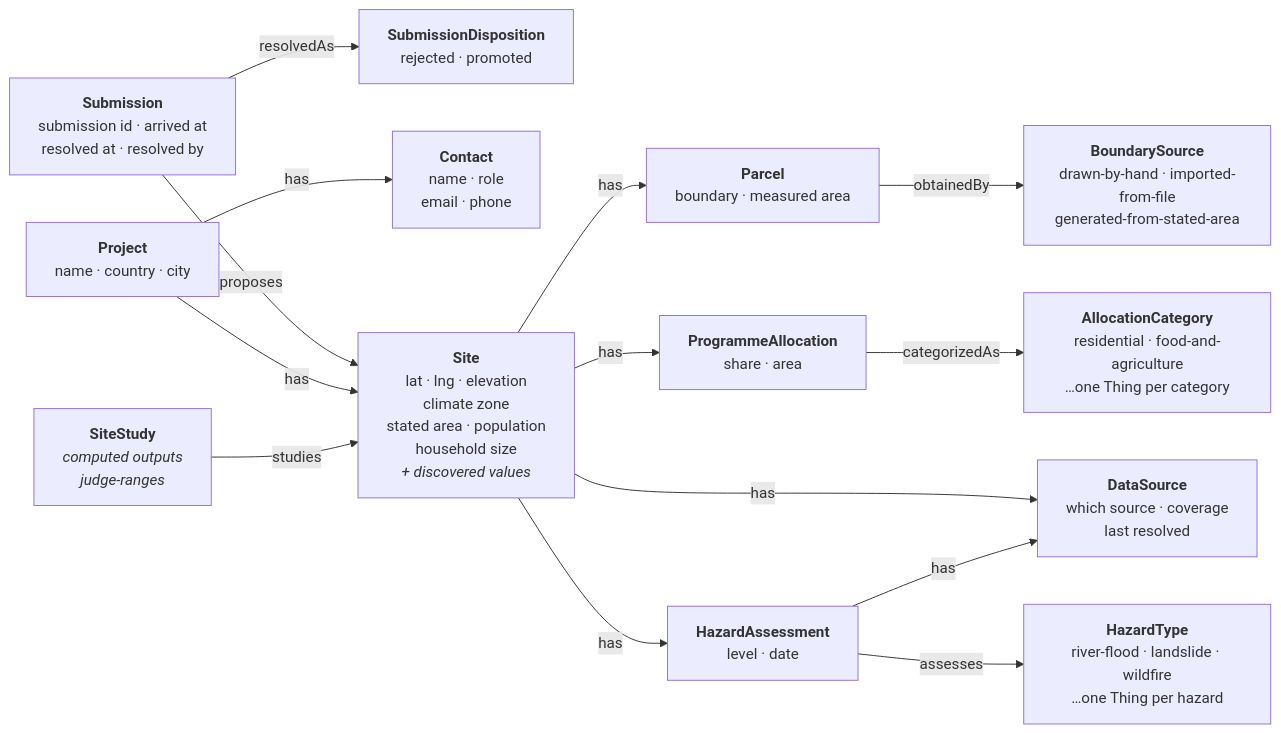
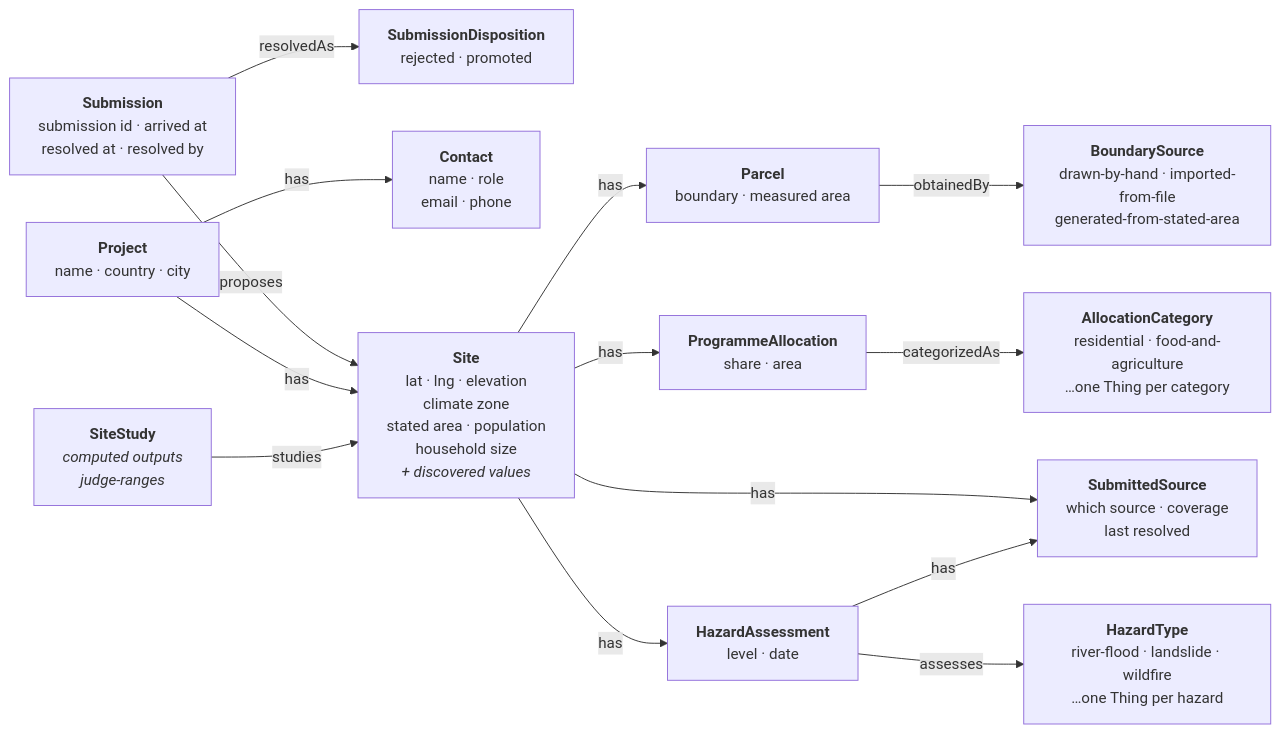
Before and after one commit to ReGen-Villages/VillageOS-API: the seventh of 10 diagrams in docs/LAND_INTAKE.md, drawn with Mermaid. The commit also changed other lines of this file and 9 other files, not shown here.

````diff
--- a/docs/LAND_INTAKE.md
+++ b/docs/LAND_INTAKE.md
@@ -614,31 +614,31 @@
 ```mermaid
 flowchart LR
   SU["<b>Submission</b><br/>submission id · arrived at<br/>resolved at · resolved by"]
   SD["<b>SubmissionDisposition</b><br/>rejected · promoted"]
   PR["<b>Project</b><br/>name · country · city"]
   CO["<b>Contact</b><br/>name · role<br/>email · phone"]
   SI["<b>Site</b><br/>lat · lng · elevation<br/>climate zone<br/>stated area · population<br/>household size<br/><i>+ discovered values</i>"]
   ST["<b>SiteStudy</b><br/><i>computed outputs</i><br/><i>judge-ranges</i>"]
   PA["<b>Parcel</b><br/>boundary · measured area"]
   AL["<b>ProgrammeAllocation</b><br/>share · area"]
   HA["<b>HazardAssessment</b><br/>level · date"]
-  DS["<b>DataSource</b><br/>which source · coverage<br/>last resolved"]
+  DS["<b>SubmittedSource</b><br/>which source · coverage<br/>last resolved"]
 
   BS["<b>BoundarySource</b><br/>drawn-by-hand · imported-from-file<br/>generated-from-stated-area"]
   AC["<b>AllocationCategory</b><br/>residential · food-and-agriculture<br/>…one Thing per category"]
   HT["<b>HazardType</b><br/>river-flood · landslide · wildfire<br/>…one Thing per hazard"]
 
   SU -->|proposes| SI
   SU -->|resolvedAs| SD
   PR -->|has| CO
   PR -->|has| SI
   SI -->|has| PA
   SI -->|has| AL
   SI -->|has| HA
   SI -->|has| DS
   HA -->|has| DS
   ST -->|studies| SI
   PA -->|obtainedBy| BS
   AL -->|categorizedAs| AC
   HA -->|assesses| HT
 ```
````
